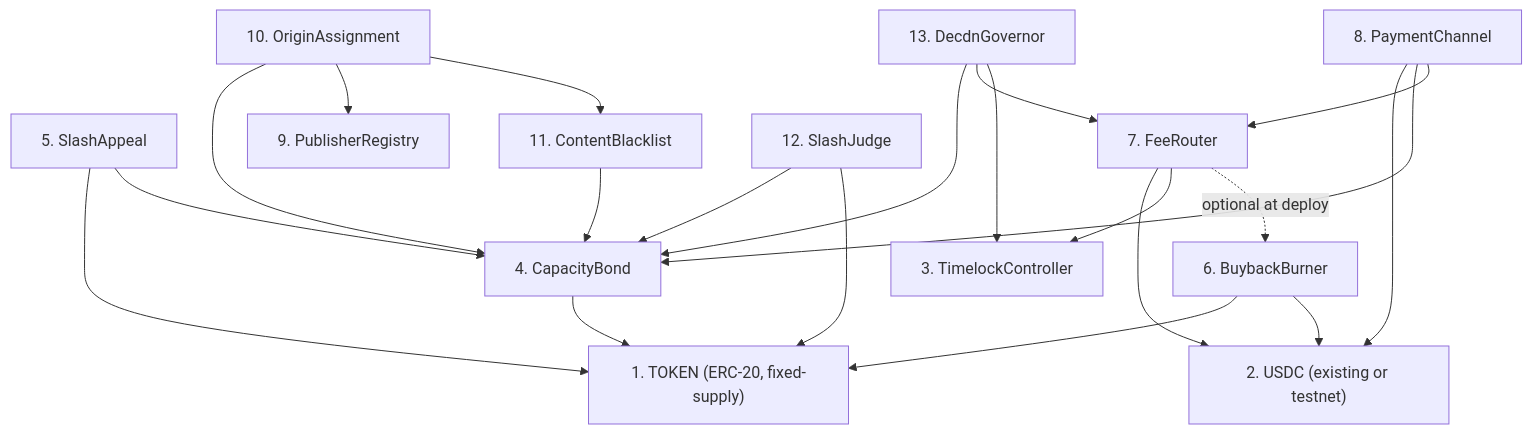
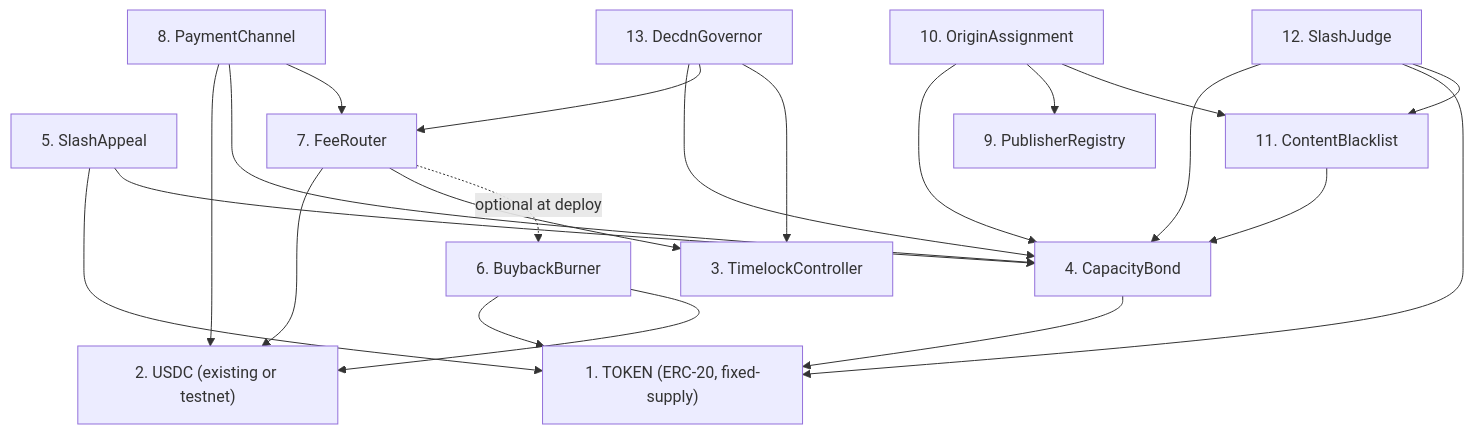
One commit to decdn/decdn changed the second of 5 diagrams in adr/016-contract-interactions.md. Above: the diagram before and after it, drawn with Mermaid. The commit also changed other lines of this file and 4 other files, not shown here.

````diff
--- a/adr/016-contract-interactions.md
+++ b/adr/016-contract-interactions.md
@@ -244,37 +244,38 @@
 ```mermaid
 graph TD
     TOKEN["1. TOKEN (ERC-20, fixed-supply)"]
     USDC["2. USDC (existing or testnet)"]
     TL["3. TimelockController"]
     CBOND["4. CapacityBond"]
     SA["5. SlashAppeal"]
     BB["6. BuybackBurner"]
     FR["7. FeeRouter"]
     SPC["8. PaymentChannel"]
     PR["9. PublisherRegistry"]
     OA["10. OriginAssignment"]
     CB["11. ContentBlacklist"]
     SJ["12. SlashJudge"]
     GOV["13. DecdnGovernor"]
 
     CBOND --> TOKEN
     SA --> TOKEN
     SA --> CBOND
     BB --> TOKEN
     BB --> USDC
     FR --> USDC
     FR --> TL
     FR -.->|"optional at deploy"| BB
     SPC --> USDC
     SPC --> CBOND
     SPC --> FR
     OA --> CBOND
     OA --> PR
     OA --> CB
     CB --> CBOND
     SJ --> CBOND
     SJ --> TOKEN
+    SJ --> CB
     GOV --> CBOND
     GOV --> FR
     GOV --> TL
 ```
````
